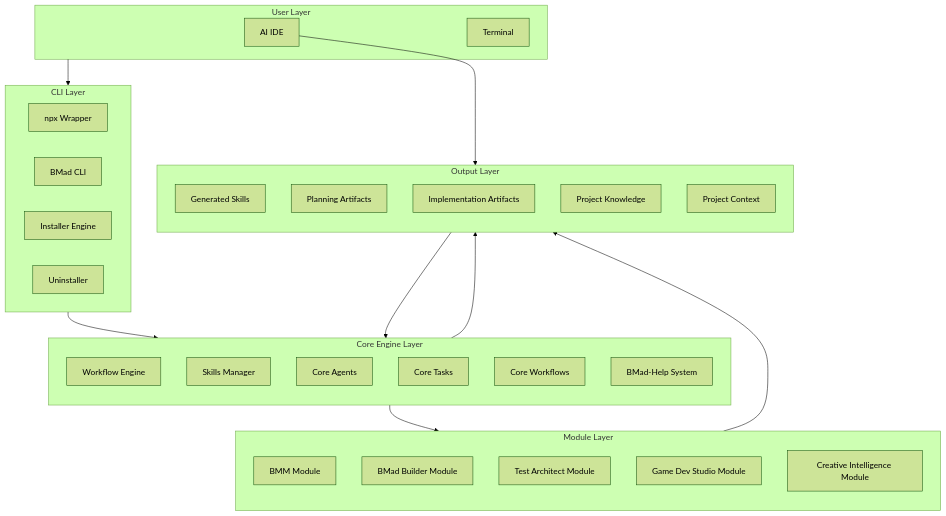
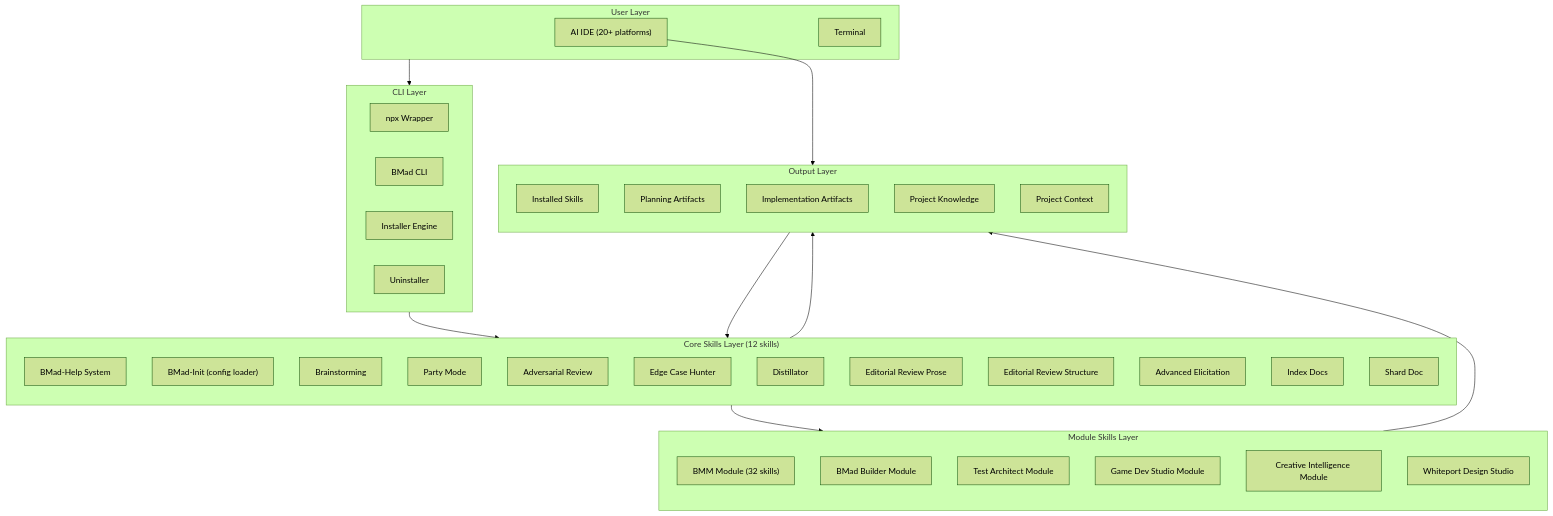
Before and after one commit to thientranhung/agentic-coding-lab: the first of 10 diagrams in vn/bmad-method/1. Architecture and Logic.md, drawn with Mermaid (forest theme). The commit also changed other lines of this file and 14 other files, not shown here.

````diff
--- a/vn/bmad-method/1. Architecture and Logic.md
+++ b/vn/bmad-method/1. Architecture and Logic.md
@@ -25,50 +8,57 @@
 ```mermaid
 graph TB
     subgraph User["User Layer"]
-        IDE["AI IDE"]
+        IDE["AI IDE (20+ platforms)"]
         TERM["Terminal"]
     end
 
     subgraph CLI["CLI Layer"]
         NPXW["npx Wrapper"]
         BMCLI["BMad CLI"]
         INST["Installer Engine"]
         UNINST["Uninstaller"]
     end
 
-    subgraph Core["Core Engine Layer"]
+    subgraph Core["Core Skills Layer (12 skills)"]
         direction TB
-        WE["Workflow Engine"]
-        SM["Skills Manager"]
-        AG_CORE["Core Agents"]
-        TK_CORE["Core Tasks"]
-        WF_CORE["Core Workflows"]
         HELP["BMad-Help System"]
+        INIT["BMad-Init (config loader)"]
+        BSP["Brainstorming"]
+        PM_SK["Party Mode"]
+        REV_GEN["Adversarial Review"]
+        REV_ECH["Edge Case Hunter"]
+        DIST["Distillator"]
+        ED_PR["Editorial Review Prose"]
+        ED_ST["Editorial Review Structure"]
+        ELICIT["Advanced Elicitation"]
+        IDX["Index Docs"]
+        SHARD["Shard Doc"]
     end
 
-    subgraph Modules["Module Layer"]
+    subgraph Modules["Module Skills Layer"]
         direction TB
-        BMM_MOD["BMM Module"]
+        BMM_MOD["BMM Module (32 skills)"]
         BMB_MOD["BMad Builder Module"]
         TEA_MOD["Test Architect Module"]
         GDS_MOD["Game Dev Studio Module"]
         CIS_MOD["Creative Intelligence Module"]
+        WDS_MOD["Whiteport Design Studio"]
     end
 
     subgraph Output["Output Layer"]
         direction TB
-        SKILLS["Generated Skills"]
+        SKILLS["Installed Skills"]
         PA["Planning Artifacts"]
         IA["Implementation Artifacts"]
         PK["Project Knowledge"]
         PC["Project Context"]
     end
 
     User --> CLI
     CLI --> Core
     Core --> Modules
     Modules --> Output
     Core --> Output
     IDE --> SKILLS
-    SKILLS --> WE
+    SKILLS --> Core
 ```
````
